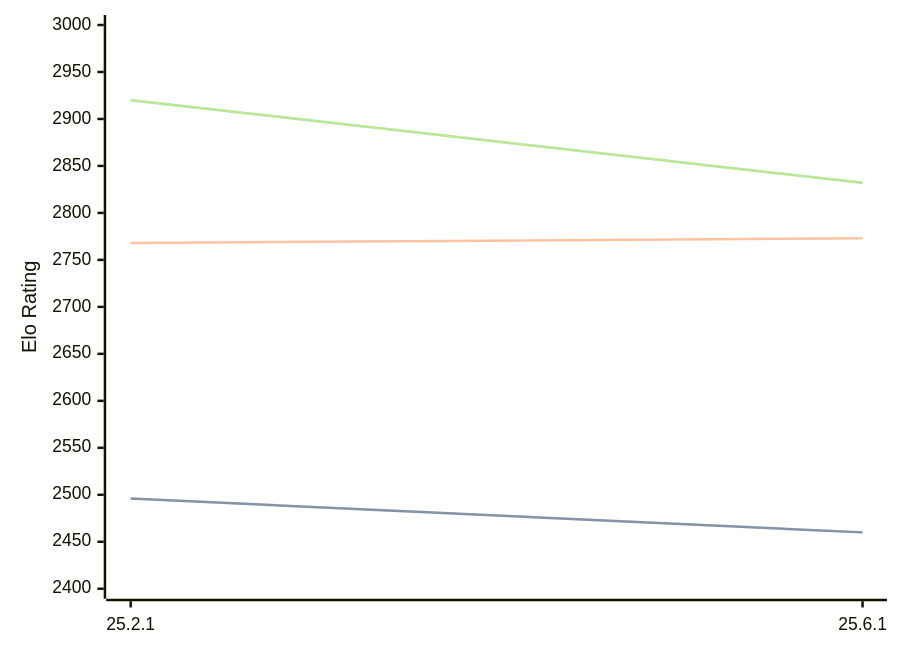
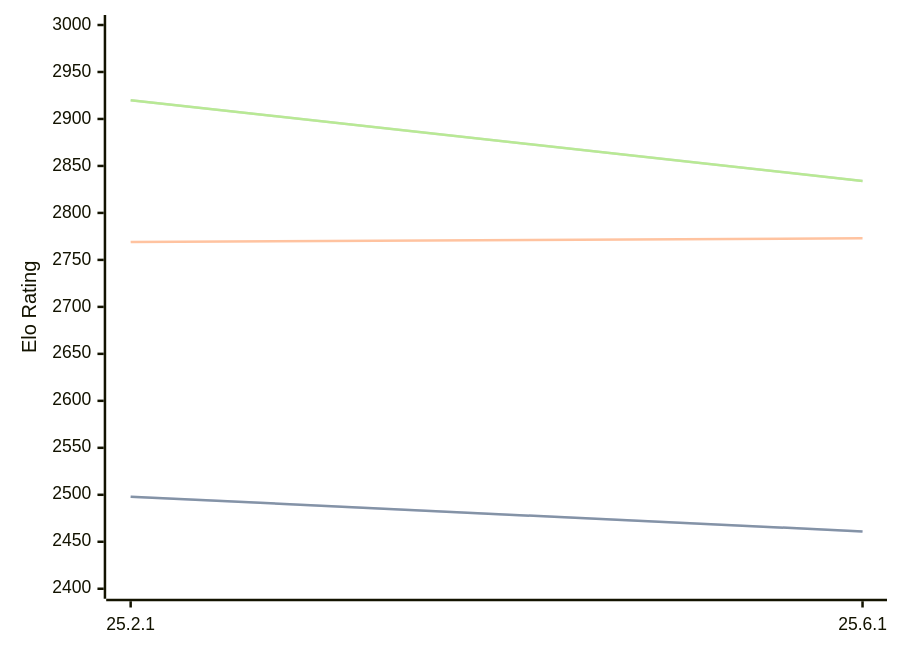
The diagram in engines/Crafty.md (computer-chess-index/cci), drawn with Mermaid before and after one commit. The commit also changed other lines of this file, not shown here.

Commit message:
Update CCI Ratings (ELO VLTC) - 2026-08-15

````diff
--- a/engines/Crafty.md
+++ b/engines/Crafty.md
@@ -32,11 +32,11 @@
 ```mermaid
 %%{init: {"theme":"base","themeVariables":{"seriesColors:['#a3a3a3','#222221','#faa371']}}}%%
 xychart-beta
   x-axis ["25.2.1", "25.6.1"]
   y-axis "Elo Rating" 2400 --> 3000
-  line "STC (8.0+0.08s)" [2496, 2460]
-  line "STC (8.0+0.08s)" [2496, 2460]
-  line "LTC (60.0+0.60s)" [2768, 2773]
-  line "VLTC (2m24s+1.12s)" [2920, 2832]
-  line "VLTC (2m24s+1.12s)" [2920, 2832]
+  line "STC (8.0+0.08s)" [2498, 2461]
+  line "STC (8.0+0.08s)" [2498, 2461]
+  line "LTC (60.0+0.60s)" [2769, 2773]
+  line "VLTC (2m24s+1.12s)" [2920, 2834]
+  line "VLTC (2m24s+1.12s)" [2920, 2834]
 ```
````
